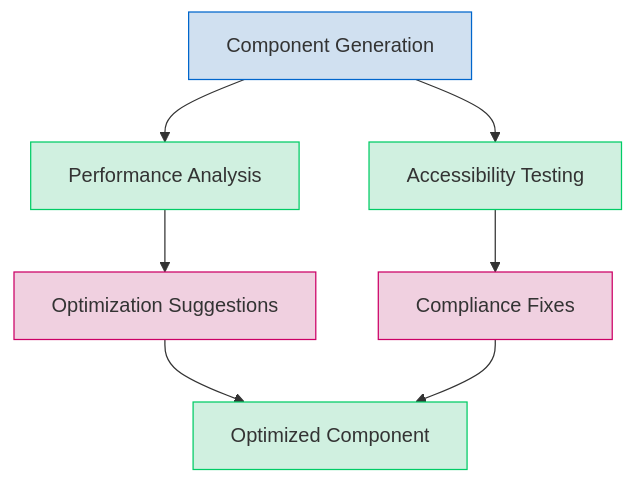
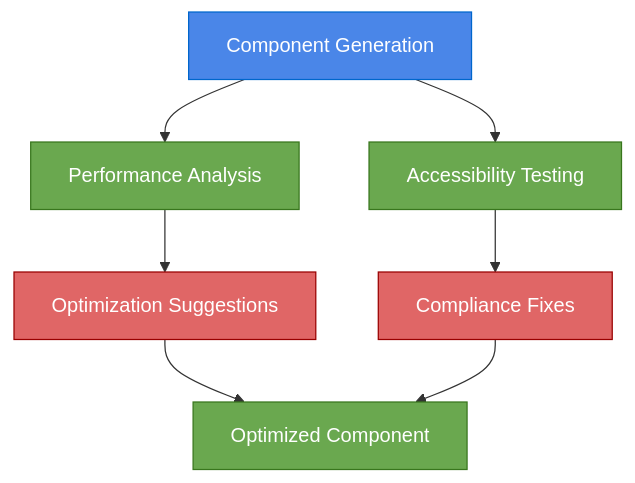
Before and after one commit to hungmanhdo/componentcraft_ai: diagram 20 of 27 in advance.md, drawn with Mermaid. The commit also changed other lines of this file and 1 other file, not shown here.

Commit message:
Update style of charts

````diff
--- a/advance.md
+++ b/advance.md
@@ -731,18 +731,18 @@
 ```mermaid
 graph TD
     A[Component Generation] --> B[Performance Analysis]
     A --> C[Accessibility Testing]
 
     B --> D[Optimization Suggestions]
     C --> E[Compliance Fixes]
 
     D --> F[Optimized Component]
     E --> F
 
-    style A fill:#d0e0f0,stroke:#0066cc
-    style B fill:#d0f0e0,stroke:#00cc66
-    style C fill:#d0f0e0,stroke:#00cc66
-    style D fill:#f0d0e0,stroke:#cc0066
-    style E fill:#f0d0e0,stroke:#cc0066
-    style F fill:#d0f0e0,stroke:#00cc66
+    style A fill:#4a86e8,stroke:#0066cc,color:#ffffff
+    style B fill:#6aa84f,stroke:#38761d,color:#ffffff
+    style C fill:#6aa84f,stroke:#38761d,color:#ffffff
+    style D fill:#e06666,stroke:#990000,color:#ffffff
+    style E fill:#e06666,stroke:#990000,color:#ffffff
+    style F fill:#6aa84f,stroke:#38761d,color:#ffffff
 ```
````
